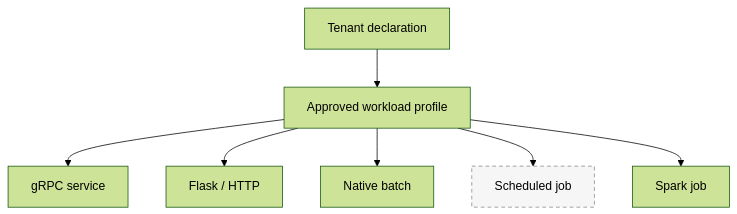
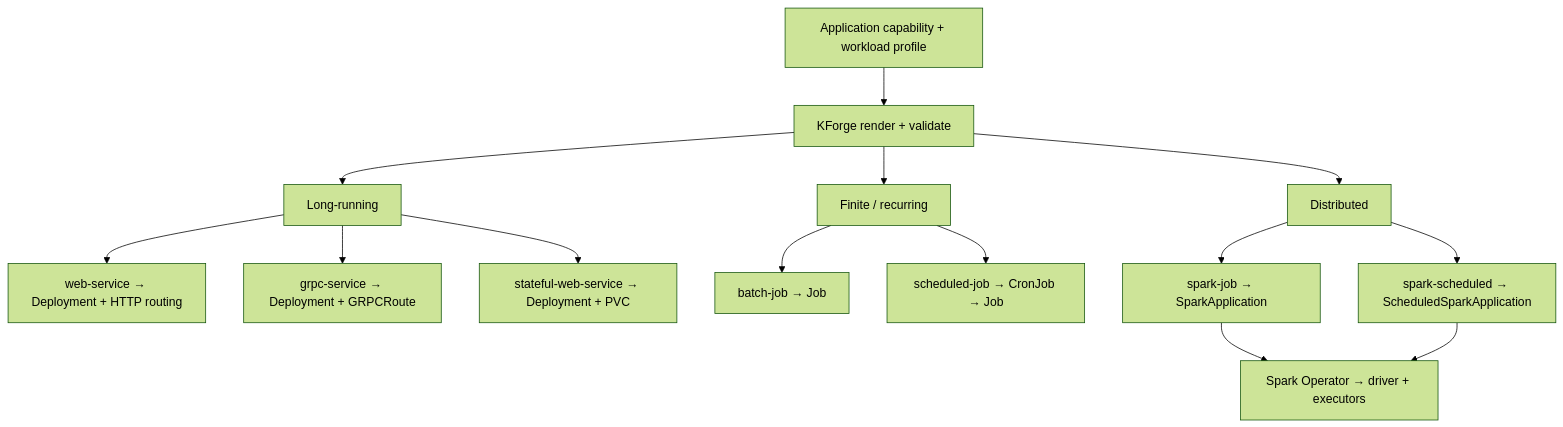
One commit to MrDaggubati/infer-blog changed the second of 8 diagrams in content/blog/opendp-kubernetes-paved-paths/article.md. Above: the diagram before and after it, drawn with Mermaid (forest theme). The commit also changed other lines of this file and 11 other files, not shown here.

````diff
--- a/content/blog/opendp-kubernetes-paved-paths/article.md
+++ b/content/blog/opendp-kubernetes-paved-paths/article.md
@@ -56,11 +68,19 @@
 ```mermaid
 flowchart TB
-    D["Tenant declaration"] --> P["Approved workload profile"]
-    P --> GRPC["gRPC service"]
-    P --> HTTP["Flask / HTTP"]
-    P --> BATCH["Native batch"]
-    P --> SCHED["Scheduled job"]
-    P --> SPARK["Spark job"]
-    classDef pending stroke-dasharray:5 4,stroke:#888,fill:#f6f6f6
-    class SCHED pending
+    DECL["Application capability + workload profile"] --> K["KForge render + validate"]
+    K --> SERVICE["Long-running"]
+    K --> FINITE["Finite / recurring"]
+    K --> DISTRIBUTED["Distributed"]
+
+    SERVICE --> HTTP["web-service → Deployment + HTTP routing"]
+    SERVICE --> GRPC["grpc-service → Deployment + GRPCRoute"]
+    SERVICE --> STATE["stateful-web-service → Deployment + PVC"]
+
+    FINITE --> BATCH["batch-job → Job"]
+    FINITE --> CRON["scheduled-job → CronJob → Job"]
+
+    DISTRIBUTED --> SPARK["spark-job → SparkApplication"]
+    DISTRIBUTED --> SSPARK["spark-scheduled → ScheduledSparkApplication"]
+    SPARK --> OP["Spark Operator → driver + executors"]
+    SSPARK --> OP
 ```
````
